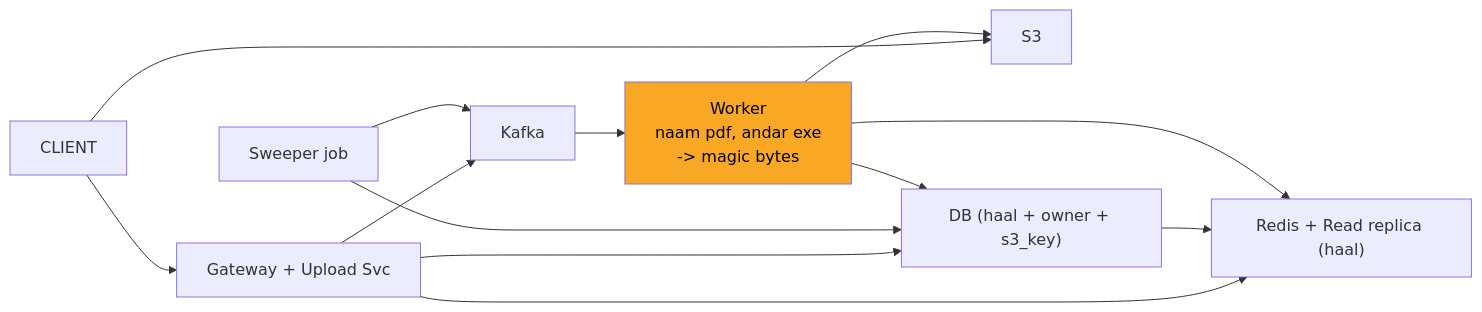
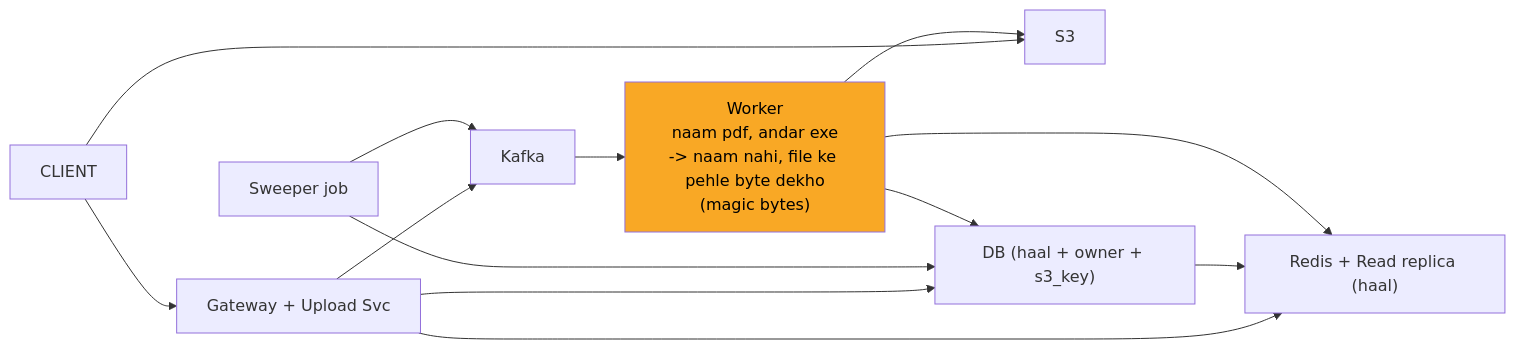
The tenth of 11 diagrams in 04_HLD/SYSTEM_DESIGNS/07_file_upload_validate_system/07_file_upload_INTERVIEW.md (ArpanMaheshwari144/Prep), drawn with Mermaid before and after one commit. The commit also changed other lines of this file and 13 other files, not shown here.

````diff
--- a/04_HLD/SYSTEM_DESIGNS/07_file_upload_validate_system/07_file_upload_INTERVIEW.md
+++ b/04_HLD/SYSTEM_DESIGNS/07_file_upload_validate_system/07_file_upload_INTERVIEW.md
@@ -384,24 +384,24 @@
 ```mermaid
 flowchart LR
     n_CLIENT["CLIENT"]
     n_S3["S3"]
     n_GU["Gateway + Upload Svc"]
     n_RC["Redis + Read replica (haal)"]
     n_DB["DB (haal + owner + s3_key)"]
     n_Sweeper_job["Sweeper job"]
     n_Kafka["Kafka"]
-    n_Worker["Worker<br/>naam pdf, andar exe<br/>-> magic bytes"]
+    n_Worker["Worker<br/>naam pdf, andar exe<br/>-> naam nahi, file ke pehle byte dekho<br/>(magic bytes)"]
     n_CLIENT --> n_S3
     n_CLIENT --> n_GU
     n_GU --> n_RC
     n_GU --> n_DB
     n_DB --> n_RC
     n_GU --> n_Kafka
     n_Sweeper_job --> n_DB
     n_Sweeper_job --> n_Kafka
     n_Kafka --> n_Worker
     n_Worker --> n_DB
     n_Worker --> n_RC
     n_Worker --> n_S3
     style n_Worker fill:#f9a825,color:#000
 ```
````
